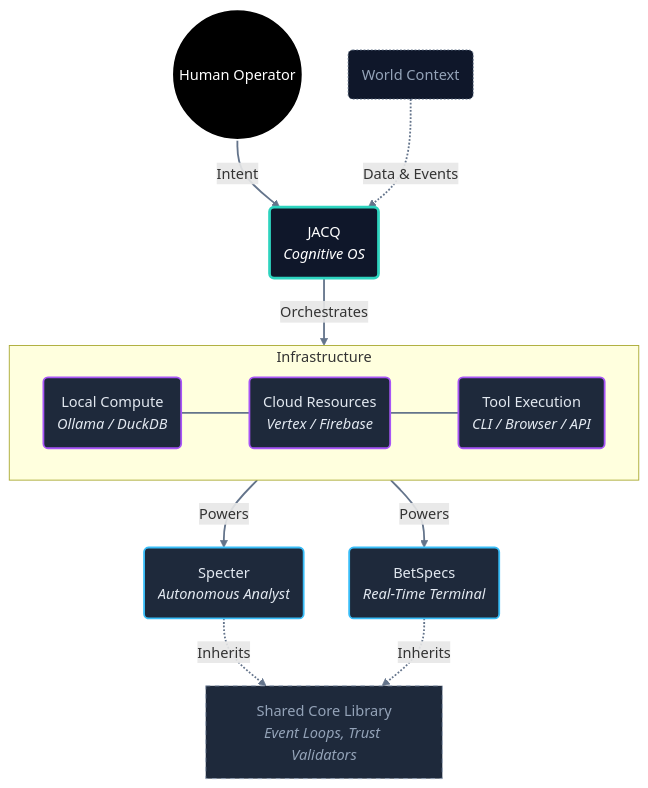
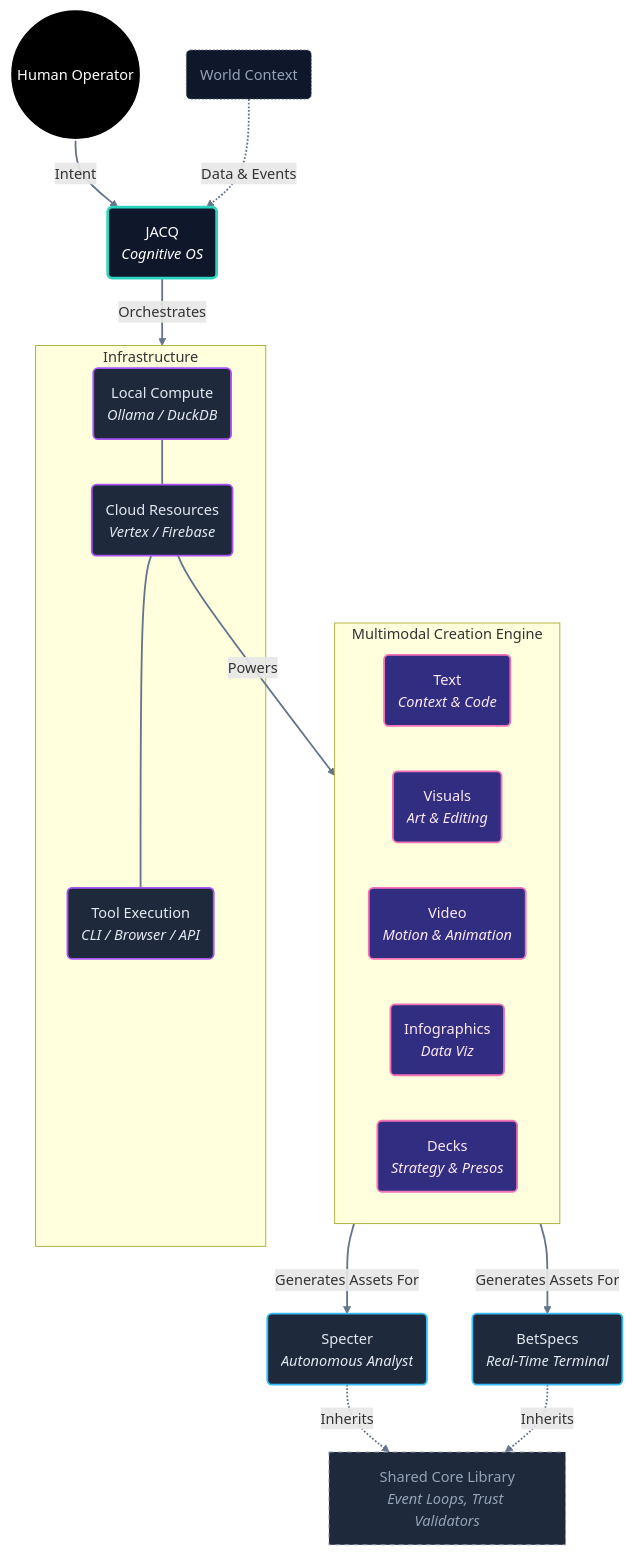
One commit to shifujosh/shifujosh changed the diagram in assets/portfolio_ecosystem.mmd. Above: the diagram before and after it, drawn with Mermaid. The commit also changed 1 other file, not shown here.

Commit message:
style: update portfolio diagram (round 4 multimodal capabilities)

```diff
--- a/assets/portfolio_ecosystem.mmd
+++ b/assets/portfolio_ecosystem.mmd
@@ -1,46 +1,61 @@
 graph TD
-    %% Styling - Minimalist Dark Mode
+    %% Styling - Minimalist Dark Mode with Frontier Accents
     classDef hub fill:#0f172a,stroke:#2dd4bf,stroke-width:3px,color:#fff;
     classDef app fill:#1e293b,stroke:#38bdf8,stroke-width:2px,color:#e2e8f0;
     classDef infra fill:#1e293b,stroke:#a855f7,stroke-width:2px,color:#e2e8f0;
     classDef shared fill:#1e293b,stroke:#94a3b8,stroke-width:1px,stroke-dasharray: 5 5,color:#94a3b8;
     classDef actor fill:#000000,stroke:#fff,stroke-width:2px,color:#fff;
     classDef input fill:#0f172a,stroke:#64748b,stroke-width:1px,color:#94a3b8,stroke-dasharray: 2 2;
+    
+    %% Frontier Capabilities Styling (Gradient-like emphasis)
+    classDef frontier fill:#312e81,stroke:#f472b6,stroke-width:2px,color:#fce7f3;
 
     %% 1. Inputs - Top Level
     User((Human Operator)):::actor
     World(World Context):::input
 
     %% 2. The Core
     JACQ(JACQ <br/><i>Cognitive OS</i>):::hub
 
     %% 3. Infrastructure Layer (Orchestration)
     subgraph Infrastructure
         Local(Local Compute<br/><i>Ollama / DuckDB</i>):::infra
         Cloud(Cloud Resources<br/><i>Vertex / Firebase</i>):::infra
         Tools(Tool Execution<br/><i>CLI / Browser / API</i>):::infra
     end
 
-    %% 4. The App Federation (Outputs)
+    %% 4. Multimodal Output Engine (Frontier Capabilities)
+    subgraph Capabilities [Multimodal Creation Engine]
+        Text(Text<br/><i>Context & Code</i>):::frontier
+        Visuals(Visuals<br/><i>Art & Editing</i>):::frontier
+        Video(Video<br/><i>Motion & Animation</i>):::frontier
+        Info(Infographics<br/><i>Data Viz</i>):::frontier
+        Slides(Decks<br/><i>Strategy & Presos</i>):::frontier
+    end
+
+    %% 5. The App Federation (Deployment)
     Specter(Specter<br/><i>Autonomous Analyst</i>):::app
     BetSpecs(BetSpecs<br/><i>Real-Time Terminal</i>):::app
     
-    %% 5. DNA
+    %% 6. DNA
     Patterns[Shared Core Library<br/><i>Event Loops, Trust Validators</i>]:::shared
 
     %% Connection Logic - Vertical Flow
     User ==>|Intent| JACQ
     World -.->|Data & Events| JACQ
     
     JACQ ==>|Orchestrates| Infrastructure
     
     Local --- Cloud --- Tools
     
-    Infrastructure ==>|Powers| Specter
-    Infrastructure ==>|Powers| BetSpecs
+    %% Frontier Power
+    Cloud ==>|Powers| Capabilities
+    
+    Capabilities ==>|Generates Assets For| Specter
+    Capabilities ==>|Generates Assets For| BetSpecs
     
     Specter -.->|Inherits| Patterns
     BetSpecs -.->|Inherits| Patterns
 
     %% Layout - Explicit Link Styling
     linkStyle default stroke-width:2px,fill:none,stroke:#64748b
```
